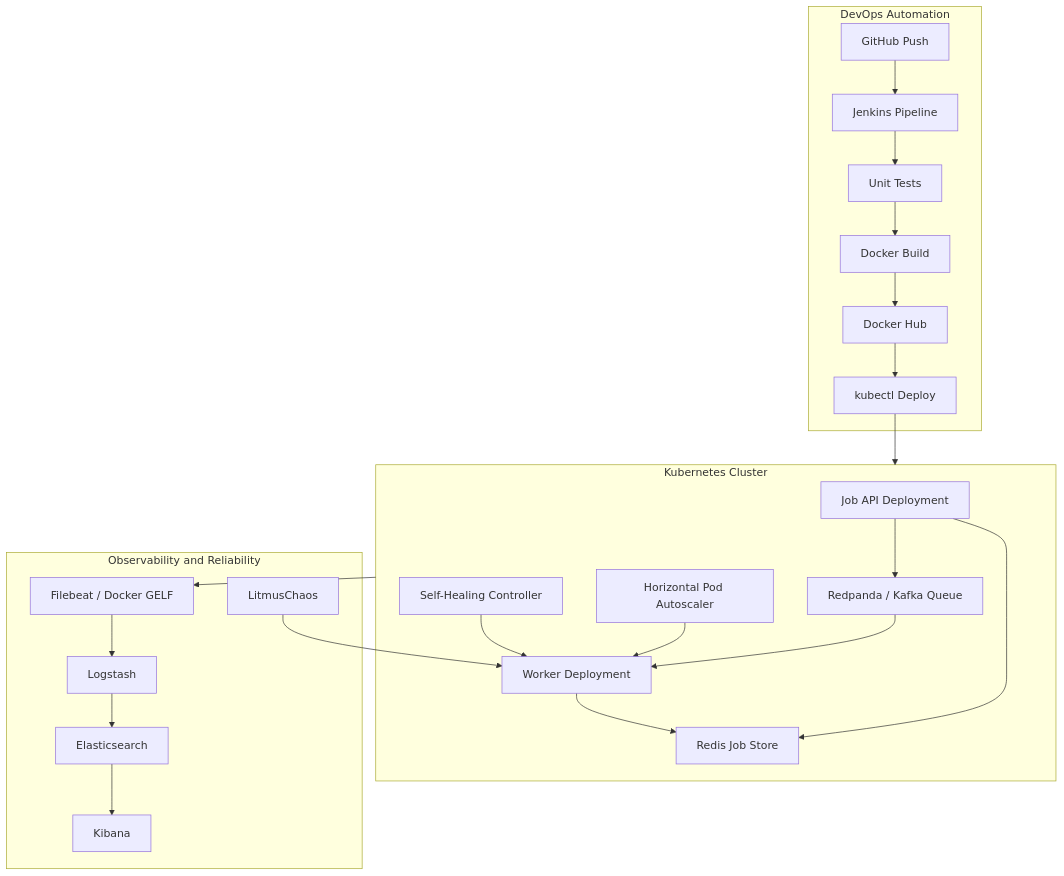
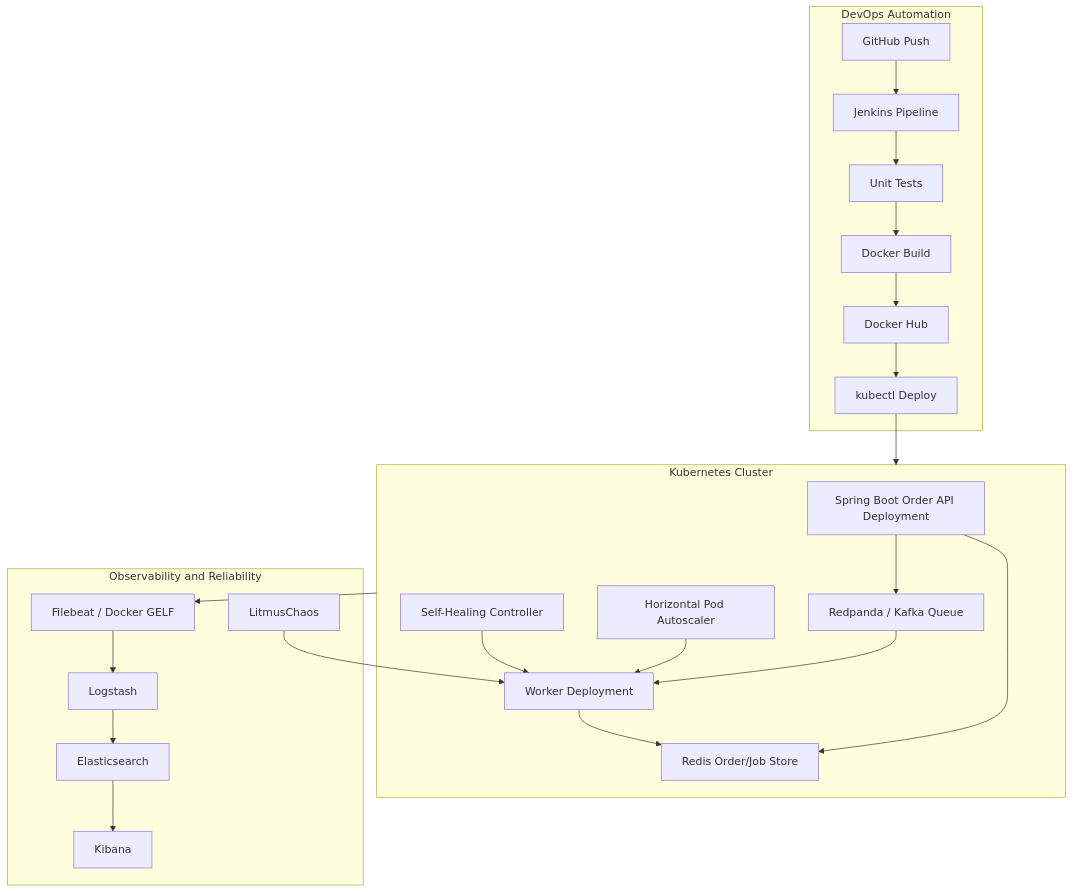
Before and after one commit to ayushkumar-mait/spe_project: the diagram in docs/ARCHITECTURE.md, drawn with Mermaid. The commit also changed other lines of this file and 44 other files, not shown here.

Commit message:
Convert app layer to delivery order API

````diff
--- a/docs/ARCHITECTURE.md
+++ b/docs/ARCHITECTURE.md
@@ -5,35 +5,35 @@
 ```mermaid
 flowchart TB
     subgraph Dev["DevOps Automation"]
         G["GitHub Push"] --> J["Jenkins Pipeline"]
         J --> T["Unit Tests"]
         T --> D["Docker Build"]
         D --> DH["Docker Hub"]
         DH --> KD["kubectl Deploy"]
     end
 
     subgraph K8S["Kubernetes Cluster"]
-        API["Job API Deployment"]
+        API["Spring Boot Order API Deployment"]
         Q["Redpanda / Kafka Queue"]
-        REDIS["Redis Job Store"]
+        REDIS["Redis Order/Job Store"]
         WORKER["Worker Deployment"]
         HPA["Horizontal Pod Autoscaler"]
         HEAL["Self-Healing Controller"]
         API --> Q
         API --> REDIS
         Q --> WORKER
         WORKER --> REDIS
         HPA --> WORKER
         HEAL --> WORKER
     end
 
     subgraph OBS["Observability and Reliability"]
         L["Filebeat / Docker GELF"] --> LS["Logstash"]
         LS --> ES["Elasticsearch"]
         ES --> KB["Kibana"]
         LC["LitmusChaos"] --> WORKER
     end
 
     KD --> K8S
     K8S --> L
 ```
````
